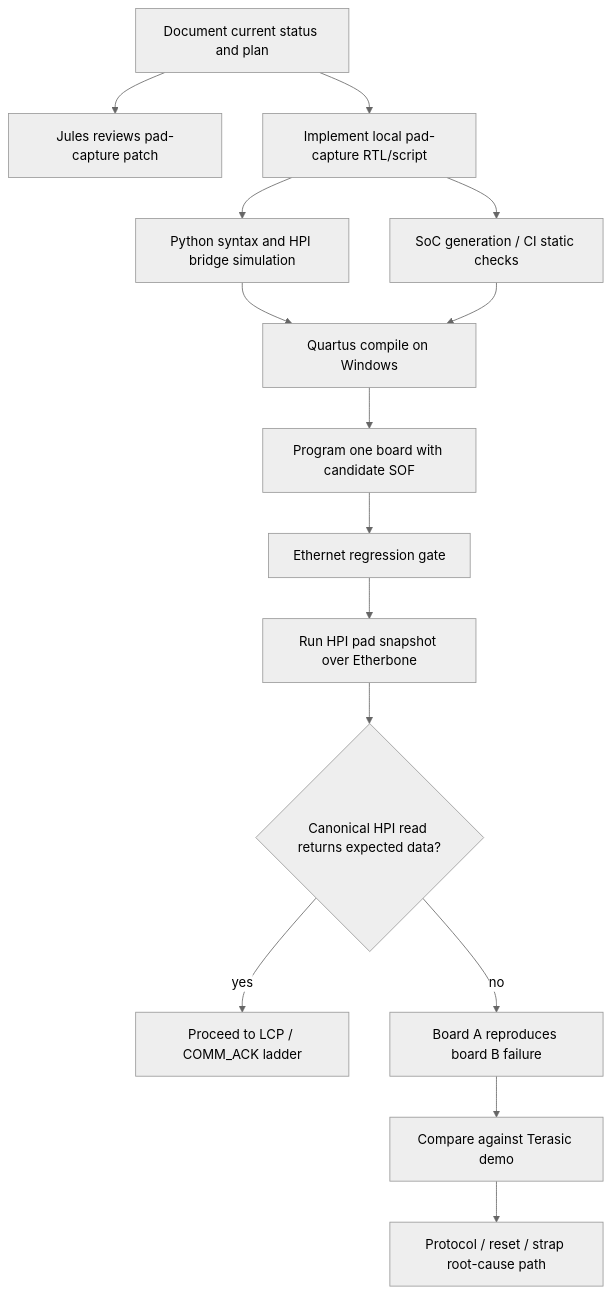
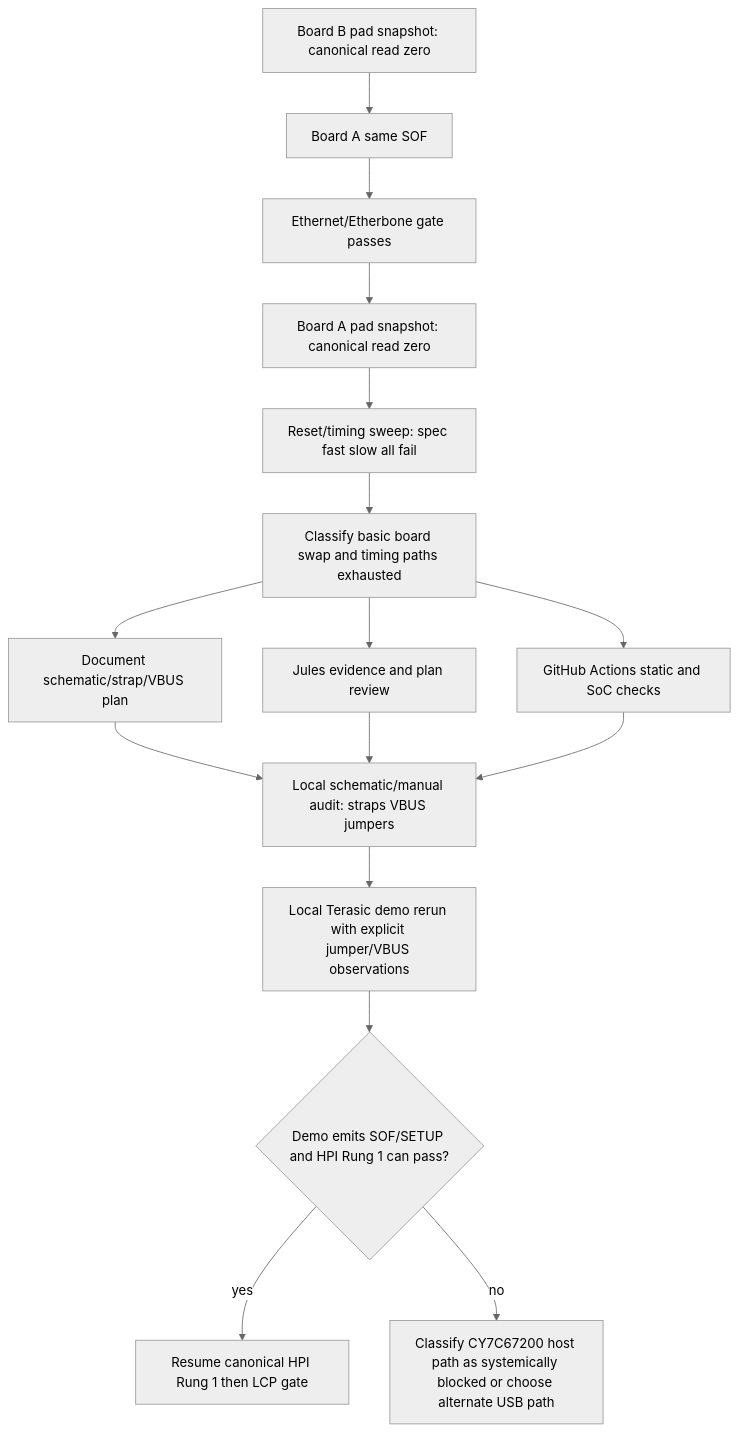
Before and after one commit to SemperSupra/DE2-115: the first of 2 diagrams in ORCHESTRATION_PLAN.md, drawn with Mermaid (neutral theme). The commit also changed other lines of this file and 5 other files, not shown here.

Commit message:
bringup: document HPI strap orchestration

````diff
--- a/ORCHESTRATION_PLAN.md
+++ b/ORCHESTRATION_PLAN.md
@@ -45,17 +51,18 @@
 ```mermaid
 graph TD
-    A[Document current status and plan] --> B[Jules reviews pad-capture patch]
-    A --> C[Implement local pad-capture RTL/script]
-    C --> D[Python syntax and HPI bridge simulation]
-    C --> E[SoC generation / CI static checks]
-    D --> F[Quartus compile on Windows]
-    E --> F
-    F --> G[Program one board with candidate SOF]
-    G --> H[Ethernet regression gate]
-    H --> I[Run HPI pad snapshot over Etherbone]
-    I --> J{Canonical HPI read returns expected data?}
-    J -- yes --> K[Proceed to LCP / COMM_ACK ladder]
-    J -- no --> L[Board A reproduces board B failure]
-    L --> M[Compare against Terasic demo]
-    M --> N[Protocol / reset / strap root-cause path]
+    A[Board B pad snapshot: canonical read zero] --> B[Board A same SOF]
+    B --> C[Ethernet/Etherbone gate passes]
+    C --> D[Board A pad snapshot: canonical read zero]
+    D --> E[Reset/timing sweep: spec fast slow all fail]
+    E --> F[Classify basic board swap and timing paths exhausted]
+    F --> G[Document schematic/strap/VBUS plan]
+    F --> H[Jules evidence and plan review]
+    F --> I[GitHub Actions static and SoC checks]
+    G --> J[Local schematic/manual audit: straps VBUS jumpers]
+    H --> J
+    I --> J
+    J --> K[Local Terasic demo rerun with explicit jumper/VBUS observations]
+    K --> L{Demo emits SOF/SETUP and HPI Rung 1 can pass?}
+    L -- yes --> M[Resume canonical HPI Rung 1 then LCP gate]
+    L -- no --> N[Classify CY7C67200 host path as systemically blocked or choose alternate USB path]
 ```
````
